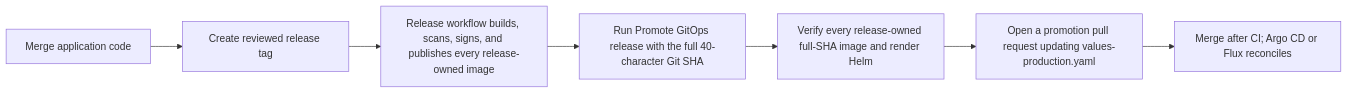
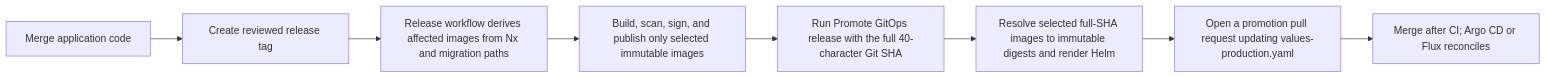
One commit to nmime/nest-react-boilerplate changed the diagram in GITOPS.md. Above: the diagram before and after it, drawn with Mermaid. The commit also changed other lines of this file and 43 other files, not shown here.

Commit message:
perf: accelerate image builds and deployments

````diff
--- a/GITOPS.md
+++ b/GITOPS.md
@@ -32,9 +32,10 @@
 ```mermaid
 flowchart LR
   merge[Merge application code] --> tag[Create reviewed release tag]
-  tag --> images[Release workflow builds, scans, signs, and publishes every release-owned image]
+  tag --> plan[Release workflow derives affected images from Nx and migration paths]
+  plan --> images[Build, scan, sign, and publish only selected immutable images]
   images --> promote[Run Promote GitOps release with the full 40-character Git SHA]
-  promote --> verify[Verify every release-owned full-SHA image and render Helm]
+  promote --> verify[Resolve selected full-SHA images to immutable digests and render Helm]
   verify --> pr[Open a promotion pull request updating values-production.yaml]
   pr --> reconcile[Merge after CI; Argo CD or Flux reconciles]
 ```
````
